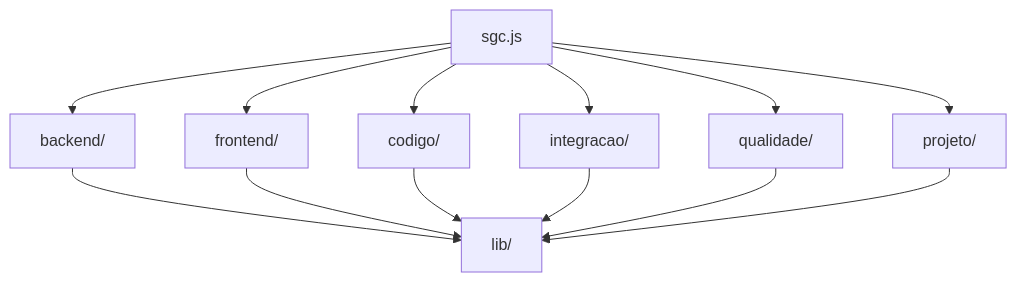
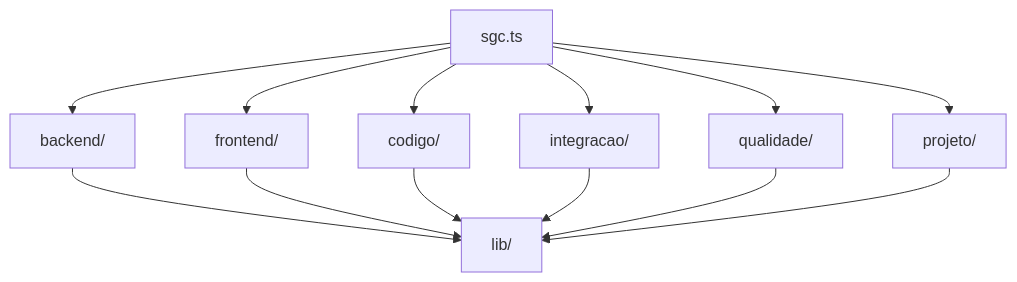
The diagram in toolkit/README.md (lgalvao/sgc), drawn with Mermaid before and after one commit. The commit also changed other lines of this file and 40 other files, not shown here.

````diff
--- a/toolkit/README.md
+++ b/toolkit/README.md
@@ -35,15 +35,15 @@
 ```mermaid
 graph TD
-    CLI[sgc.js] --> Backend[backend/]
+    CLI[sgc.ts] --> Backend[backend/]
     CLI --> Frontend[frontend/]
     CLI --> Codigo[codigo/]
     CLI --> Integracao[integracao/]
     CLI --> Qualidade[qualidade/]
     CLI --> Projeto[projeto/]
     Backend --> Lib[lib/]
     Frontend --> Lib
     Codigo --> Lib
     Integracao --> Lib
     Qualidade --> Lib
     Projeto --> Lib
 ```
````
